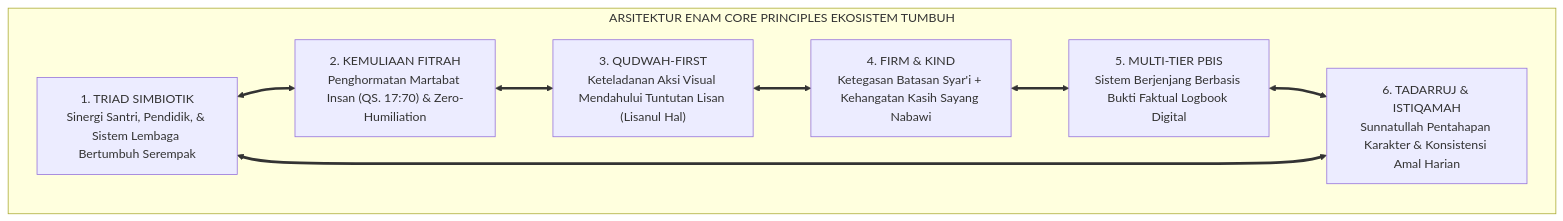
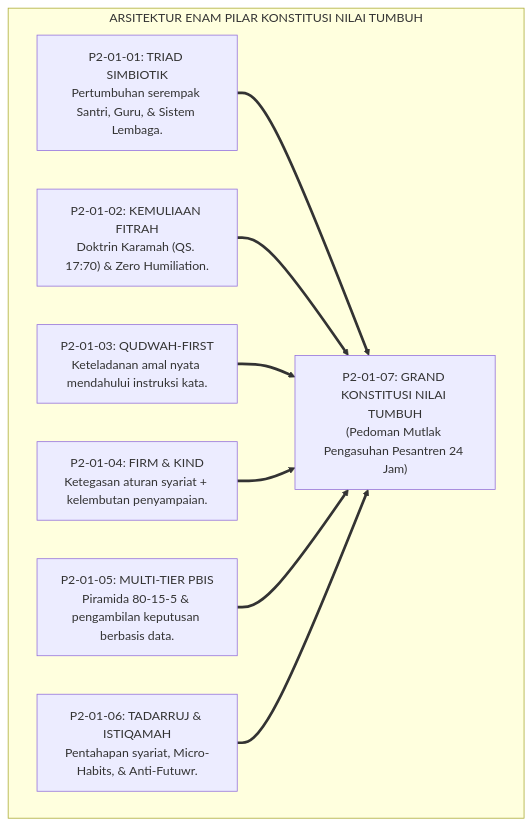
One commit to wandiapriliyandi/tumbuh changed the first of 4 diagrams in 02 Principles/01 Core Principles/P2-01-07-Sintesis-Core-Principles-TUMBUH.md. Above: the diagram before and after it, drawn with Mermaid. The commit also changed other lines of this file and 7 other files, not shown here.

Commit message:
docs(principles): reconstruct all 01 Core Principles monographs to pure academic standard

````diff
--- a/02 Principles/01 Core Principles/P2-01-07-Sintesis-Core-Principles-TUMBUH.md
+++ b/02 Principles/01 Core Principles/P2-01-07-Sintesis-Core-Principles-TUMBUH.md
@@ -60,18 +55,15 @@
 ```mermaid
 flowchart TD
-    subgraph ArsitekturEnamPrinsipInti["ARSITEKTUR ENAM CORE PRINCIPLES EKOSISTEM TUMBUH"]
-        P1["1. TRIAD SIMBIOTIK<br/>Sinergi Santri, Pendidik, & Sistem Lembaga Bertumbuh Serempak"]
-        P2["2. KEMULIAAN FITRAH<br/>Penghormatan Martabat Insan (QS. 17:70) & Zero-Humiliation"]
-        P3["3. QUDWAH-FIRST<br/>Keteladanan Aksi Visual Mendahului Tuntutan Lisan (Lisanul Hal)"]
-        P4["4. FIRM & KIND<br/>Ketegasan Batasan Syar'i + Kehangatan Kasih Sayang Nabawi"]
-        P5["5. MULTI-TIER PBIS<br/>Sistem Berjenjang Berbasis Bukti Faktual Logbook Digital"]
-        P6["6. TADARRUJ & ISTIQAMAH<br/>Sunnatullah Pentahapan Karakter & Konsistensi Amal Harian"]
+    subgraph ArsitekturSintesisCorePrinciples["ARSITEKTUR ENAM PILAR KONSTITUSI NILAI TUMBUH"]
+        CP1["P2-01-01: TRIAD SIMBIOTIK<br/>Pertumbuhan serempak Santri, Guru, & Sistem Lembaga."]
+        CP2["P2-01-02: KEMULIAAN FITRAH<br/>Doktrin Karamah (QS. 17:70) & Zero Humiliation."]
+        CP3["P2-01-03: QUDWAH-FIRST<br/>Keteladanan amal nyata mendahului instruksi kata."]
+        CP4["P2-01-04: FIRM & KIND<br/>Ketegasan aturan syariat + kelembutan penyampaian."]
+        CP5["P2-01-05: MULTI-TIER PBIS<br/>Piramida 80-15-5 & pengambilan keputusan berbasis data."]
+        CP6["P2-01-06: TADARRUJ & ISTIQAMAH<br/>Pentahapan syariat, Micro-Habits, & Anti-Futuwr."]
         
-        P1 <==> P2
-        P2 <==> P3
-        P3 <==> P4
-        P4 <==> P5
-        P5 <==> P6
-        P6 <==> P1
+        KonstitusiInduk["P2-01-07: GRAND KONSTITUSI NILAI TUMBUH<br/>(Pedoman Mutlak Pengasuhan Pesantren 24 Jam)"]
+        
+        CP1 & CP2 & CP3 & CP4 & CP5 & CP6 ==> KonstitusiInduk
     end
 ```
````
